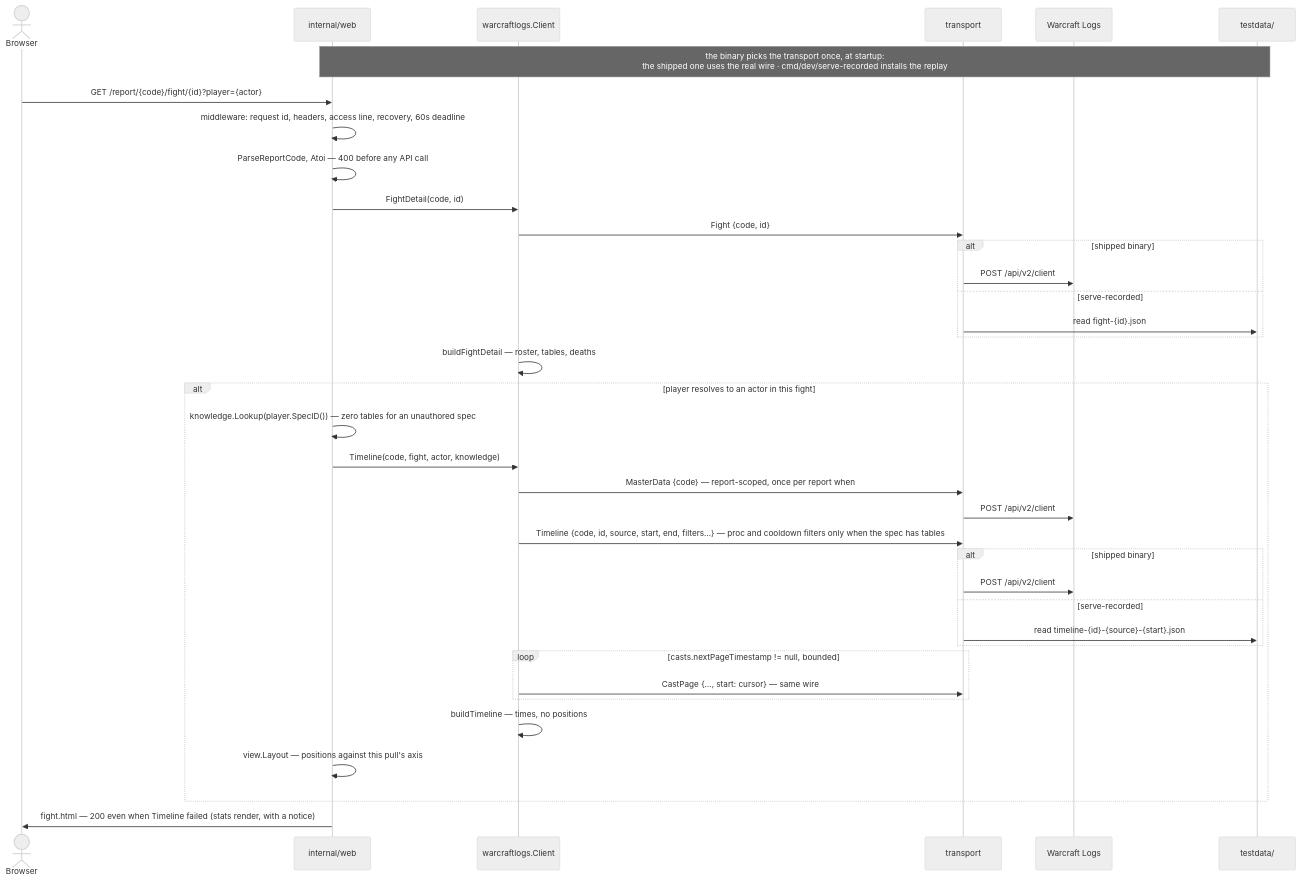
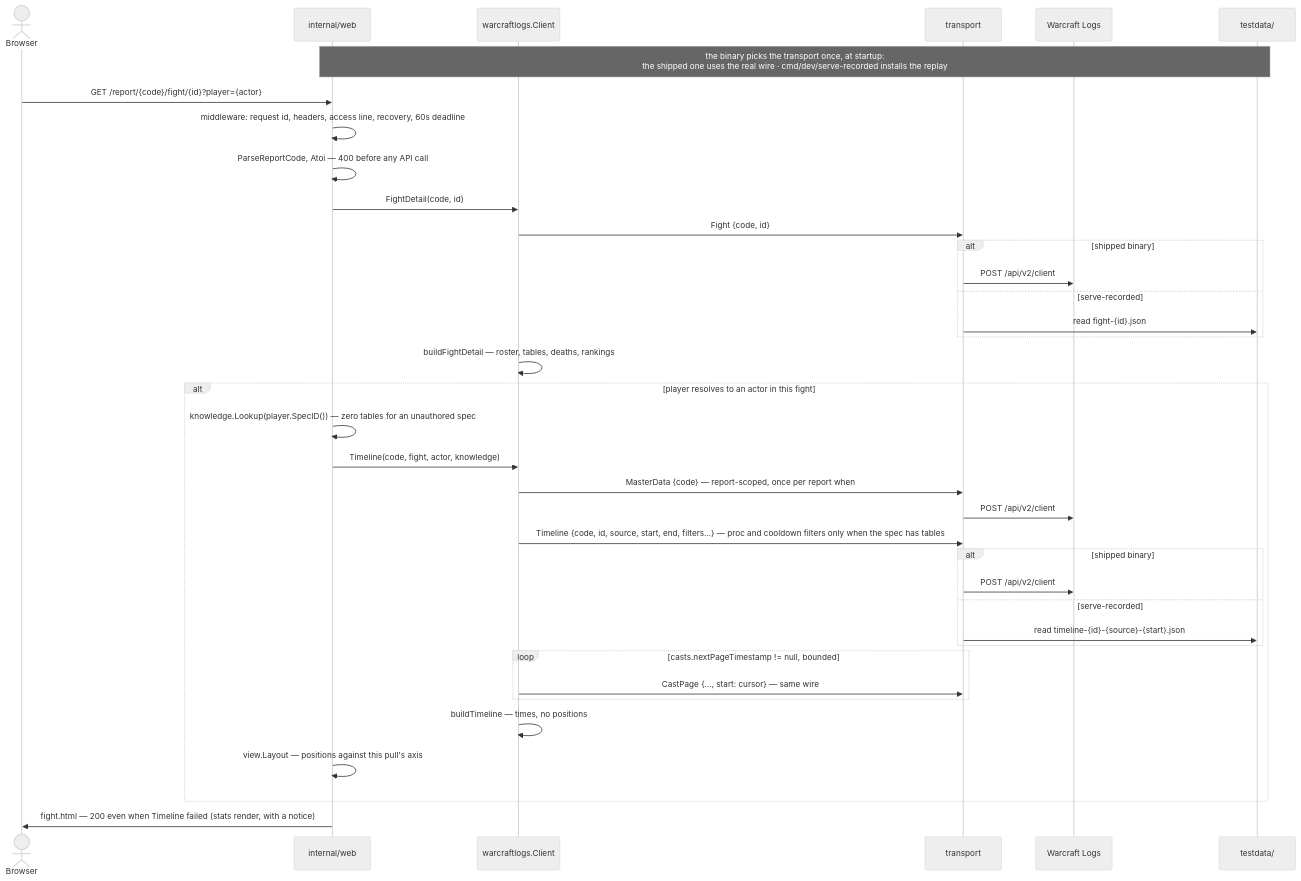
Before and after one commit to Gabriel2048/wow-insights: the third of 3 diagrams in ARCHITECTURE.md, drawn with Mermaid (neutral theme). The commit also changed 11 other files, not shown here.

````diff
--- a/ARCHITECTURE.md
+++ b/ARCHITECTURE.md
@@ -144,41 +144,41 @@
 ```mermaid
 sequenceDiagram
     actor B as Browser
     participant S as internal/web
     participant C as warcraftlogs.Client
     participant T as transport
     participant W as Warcraft Logs
     participant F as testdata/
 
     Note over S,F: the binary picks the transport once, at startup:<br/>the shipped one uses the real wire · cmd/dev/serve-recorded installs the replay
 
     B->>S: GET /report/{code}/fight/{id}?player={actor}
     S->>S: middleware: request id, headers, access line, recovery, 60s deadline
     S->>S: ParseReportCode, Atoi — 400 before any API call
     S->>C: FightDetail(code, id)
     C->>T: Fight {code, id}
     alt shipped binary
         T->>W: POST /api/v2/client
     else serve-recorded
         T->>F: read fight-{id}.json
     end
-    C->>C: buildFightDetail — roster, tables, deaths
+    C->>C: buildFightDetail — roster, tables, deaths, rankings
     alt player resolves to an actor in this fight
         S->>S: knowledge.Lookup(player.SpecID()) — zero tables for an unauthored spec
         S->>C: Timeline(code, fight, actor, knowledge)
         C->>T: MasterData {code} — report-scoped, once per report when #2 caches
         T->>W: POST /api/v2/client
         C->>T: Timeline {code, id, source, start, end, filters…} — proc and cooldown filters only when the spec has tables
         alt shipped binary
             T->>W: POST /api/v2/client
         else serve-recorded
             T->>F: read timeline-{id}-{source}-{start}.json
         end
         loop casts.nextPageTimestamp != null, bounded
             C->>T: CastPage {…, start: cursor} — same wire
         end
         C->>C: buildTimeline — times, no positions
         S->>S: view.Layout — positions against this pull's axis
     end
     S->>B: fight.html — 200 even when Timeline failed (stats render, with a notice)
 ```
````
